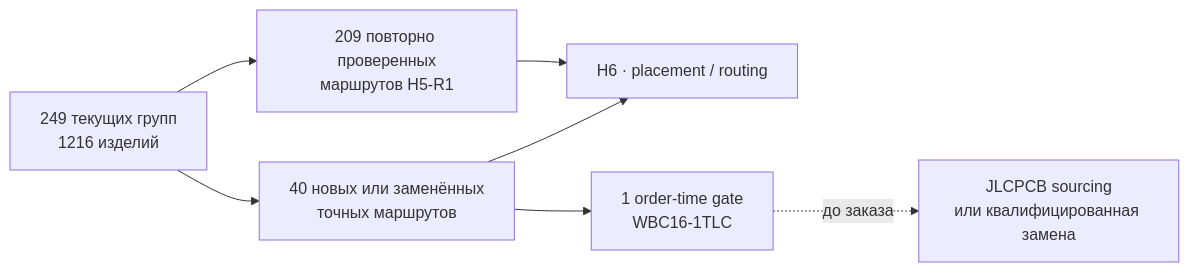
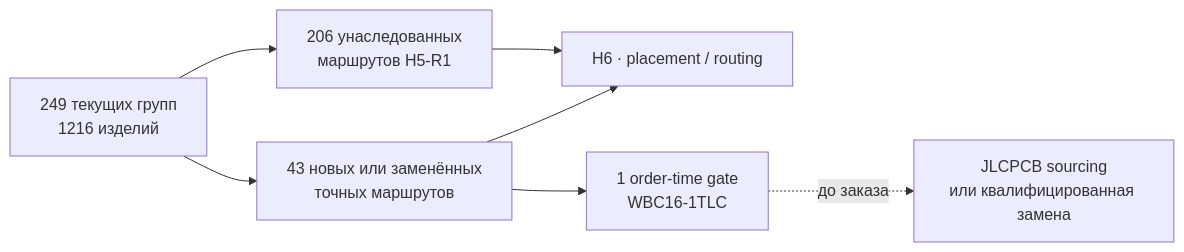
One commit to anton-vinogradov/esp32-leshy2 changed the diagram in docs/h5-r2-current-route.ru.md. Above: the diagram before and after it, drawn with Mermaid. The commit also changed other lines of this file and 162 other files, not shown here.

````diff
--- a/docs/h5-r2-current-route.ru.md
+++ b/docs/h5-r2-current-route.ru.md
@@ -5,9 +5,9 @@
 ```mermaid
 flowchart LR
-  A["249 текущих групп<br/>1216 изделий"] --> B["209 повторно проверенных<br/>маршрутов H5-R1"]
-  A --> C["40 новых или заменённых<br/>точных маршрутов"]
+  A["249 текущих групп<br/>1216 изделий"] --> B["206 унаследованных<br/>маршрутов H5-R1"]
+  A --> C["43 новых или заменённых<br/>точных маршрутов"]
   B --> D["H6 · placement / routing"]
   C --> D
   C --> E["1 order-time gate<br/>WBC16-1TLC"]
   E -. "до заказа" .-> F["JLCPCB sourcing<br/>или квалифицированная замена"]
 ```
````
